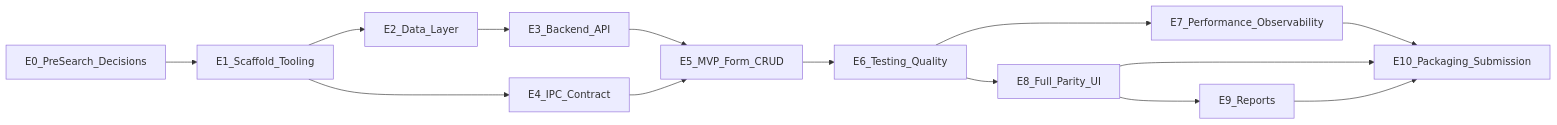
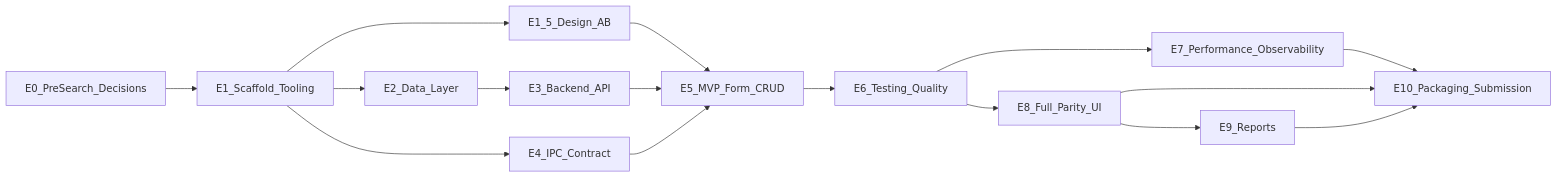
Before and after one commit to MichaelHabermas/star-hotel: the third of 3 diagrams in docs/PRD.md, drawn with Mermaid. The commit also changed other lines of this file and 1 other file, not shown here.

Commit message:
Update continual-learning state and enhance PRD with visual design exploration and A/B testing details for StarHotel modernization project

````diff
--- a/docs/PRD.md
+++ b/docs/PRD.md
@@ -127,27 +127,30 @@
 ```mermaid
 flowchart LR
   E0[E0_PreSearch_Decisions]
   E1[E1_Scaffold_Tooling]
+  E1_5[E1_5_Design_AB]
   E2[E2_Data_Layer]
   E3[E3_Backend_API]
   E4[E4_IPC_Contract]
   E5[E5_MVP_Form_CRUD]
   E6[E6_Testing_Quality]
   E7[E7_Performance_Observability]
   E8[E8_Full_Parity_UI]
   E9[E9_Reports]
   E10[E10_Packaging_Submission]
   E0 --> E1
   E1 --> E2
   E1 --> E4
+  E1 --> E1_5
+  E1_5 --> E5
   E2 --> E3
   E3 --> E5
   E4 --> E5
   E5 --> E6
   E6 --> E7
   E6 --> E8
   E8 --> E9
   E7 --> E10
   E8 --> E10
   E9 --> E10
 ```
````
